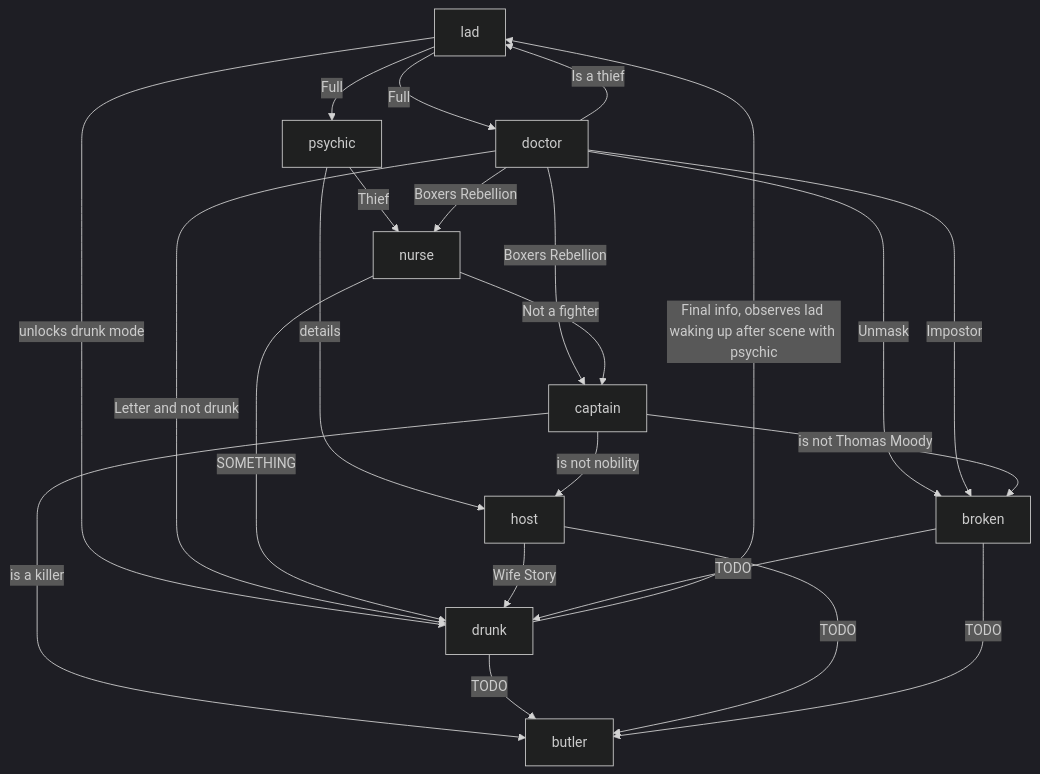
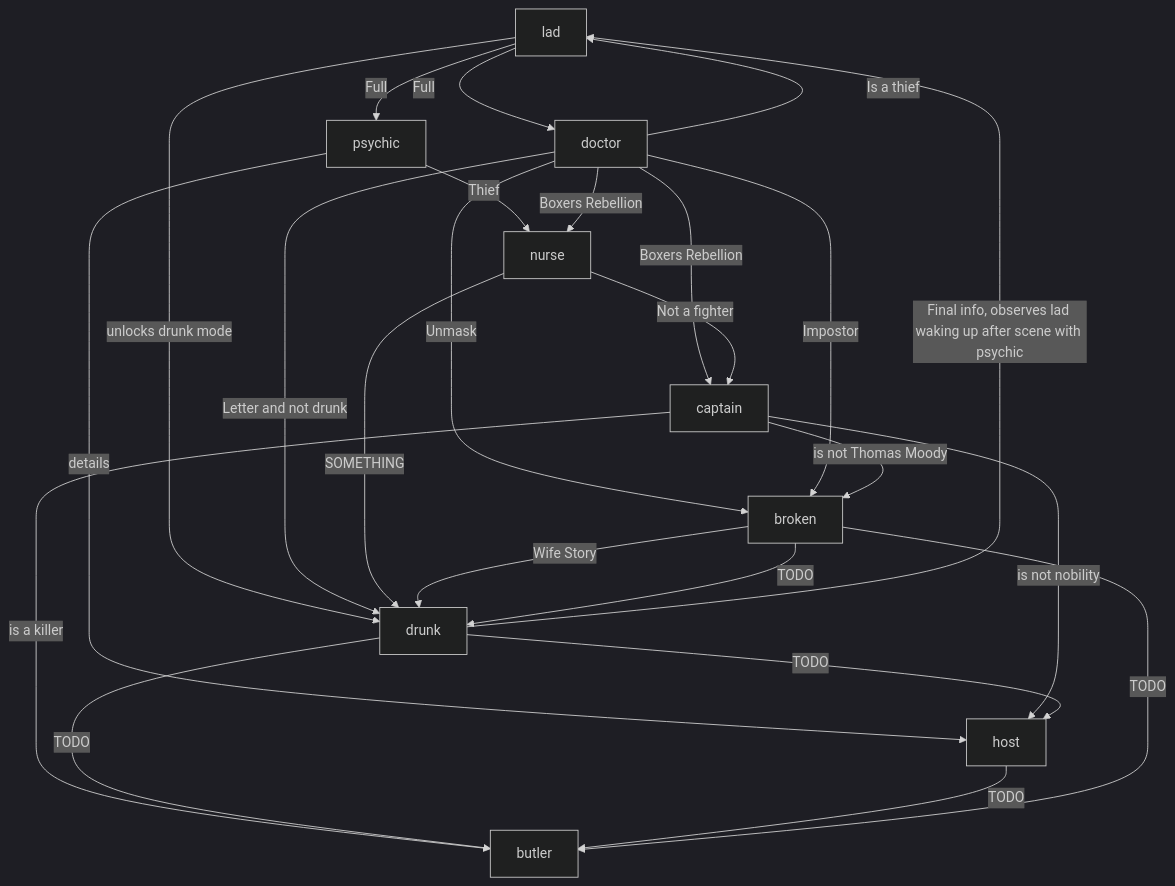
One commit to olivierpierre85/ClaythornManor changed the diagram in docs/game_story/unlock.md. Above: the diagram before and after it, drawn with Mermaid (dark theme). The commit also changed 11 other files, not shown here.

````diff
--- a/docs/game_story/unlock.md
+++ b/docs/game_story/unlock.md
@@ -5,25 +5,26 @@
 ```mermaid
 graph TD;
     lad -->|Full| doctor;
     lad -->|Full| psychic;
     lad -->|unlocks drunk mode| drunk;
     psychic -->|Thief| nurse;
     psychic -->|details| host;
     doctor -->|Boxers Rebellion | nurse;
     doctor -->|Boxers Rebellion| captain;
     doctor -->|Letter and not drunk| drunk;
     doctor -->|Unmask| broken;
     doctor -->|Is a thief| lad;
     doctor -->|Impostor| broken;
     nurse -->|Not a fighter| captain;
     nurse -->|SOMETHING| drunk;
     captain -->|is not nobility| host;
     captain -->|is not Thomas Moody| broken;
-    host -->|Wife Story| drunk;
+    broken -->|Wife Story| drunk;
     drunk -->|Final info, observes lad waking up after scene with psychic| lad;
     captain -->|is a killer| butler;
     drunk -->|TODO| butler;
+    drunk -->|TODO| host;
     host -->|TODO| butler;
     broken -->|TODO| butler;
     broken -->|TODO| drunk;
 ```
````
